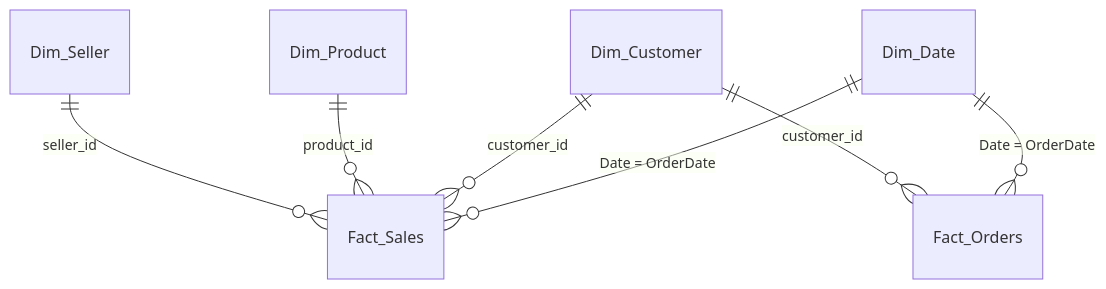
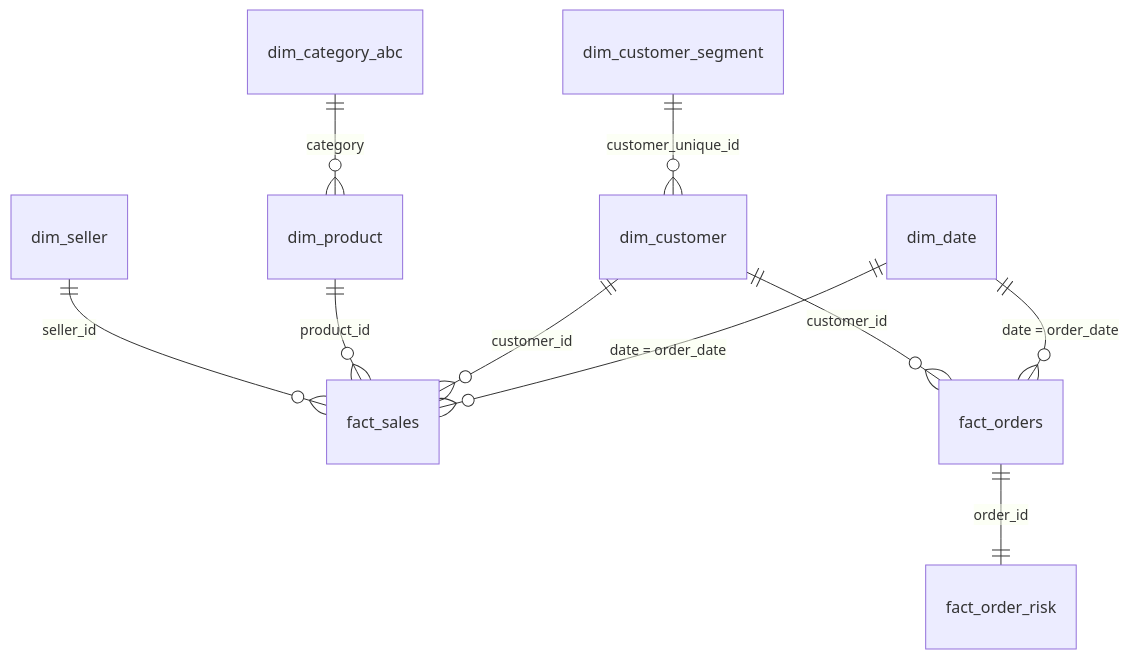
One commit to vipparlapranay/olist-sales-bi changed the diagram in docs/03_data_model.md. Above: the diagram before and after it, drawn with Mermaid. The commit also changed other lines of this file and 29 other files, not shown here.

````diff
--- a/docs/03_data_model.md
+++ b/docs/03_data_model.md
@@ -24,9 +32,12 @@
 ```mermaid
 erDiagram
-    Dim_Date ||--o{ Fact_Sales : "Date = OrderDate"
-    Dim_Date ||--o{ Fact_Orders : "Date = OrderDate"
-    Dim_Customer ||--o{ Fact_Sales : customer_id
-    Dim_Customer ||--o{ Fact_Orders : customer_id
-    Dim_Product ||--o{ Fact_Sales : product_id
-    Dim_Seller ||--o{ Fact_Sales : seller_id
+    dim_date            ||--o{ fact_sales        : "date = order_date"
+    dim_date            ||--o{ fact_orders       : "date = order_date"
+    dim_customer        ||--o{ fact_sales        : customer_id
+    dim_customer        ||--o{ fact_orders       : customer_id
+    dim_product         ||--o{ fact_sales        : product_id
+    dim_seller          ||--o{ fact_sales        : seller_id
+    dim_category_abc    ||--o{ dim_product       : category
+    dim_customer_segment||--o{ dim_customer      : customer_unique_id
+    fact_orders         ||--|| fact_order_risk   : order_id
 ```
````
